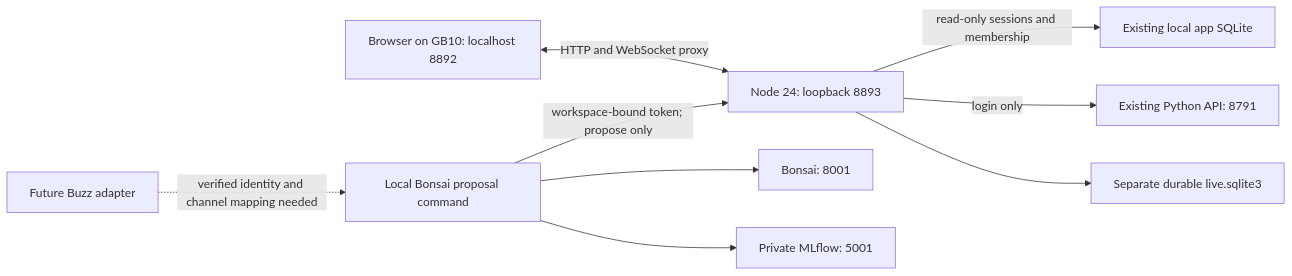
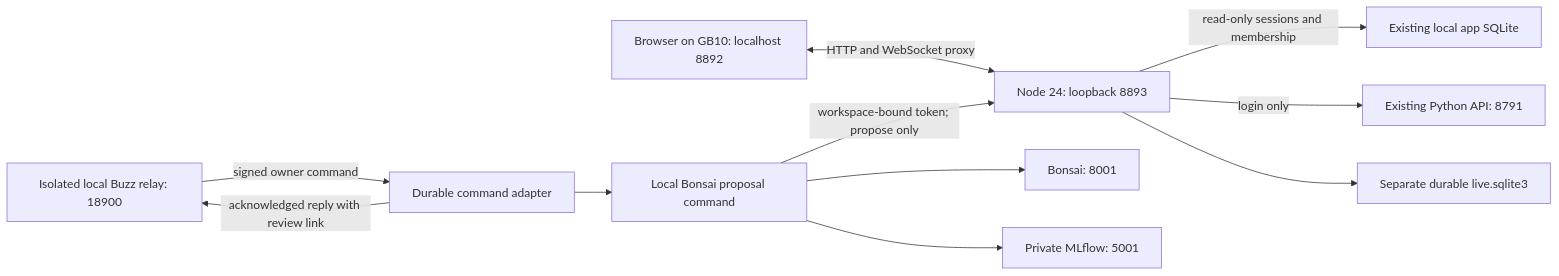
Before and after one commit to ChaiWithJai/dharmic-data: the diagram in local-workloads/live-board/README.md, drawn with Mermaid. The commit also changed other lines of this file and 17 other files, not shown here.

First line of the commit message:
Connect local whiteboard proposals to a verified ARM64 Buzz relay

````diff
--- a/local-workloads/live-board/README.md
+++ b/local-workloads/live-board/README.md
@@ -9,11 +9,13 @@
 ```mermaid
 flowchart LR
   Browser[Browser on GB10: localhost 8892] <-->|HTTP and WebSocket proxy| Node[Node 24: loopback 8893]
   Node -->|read-only sessions and membership| Auth[Existing local app SQLite]
   Node -->|login only| Python[Existing Python API: 8791]
   Node --> Live[Separate durable live.sqlite3]
   Agent[Local Bonsai proposal command] --> Model[Bonsai: 8001]
   Agent -->|workspace-bound token; propose only| Node
   Agent --> MLflow[Private MLflow: 5001]
-  Buzz[Future Buzz adapter] -. verified identity and channel mapping needed .-> Agent
+  Buzz[Isolated local Buzz relay: 18900] -->|signed owner command| Bridge[Durable command adapter]
+  Bridge --> Agent
+  Bridge -->|acknowledged reply with review link| Buzz
 ```
````
